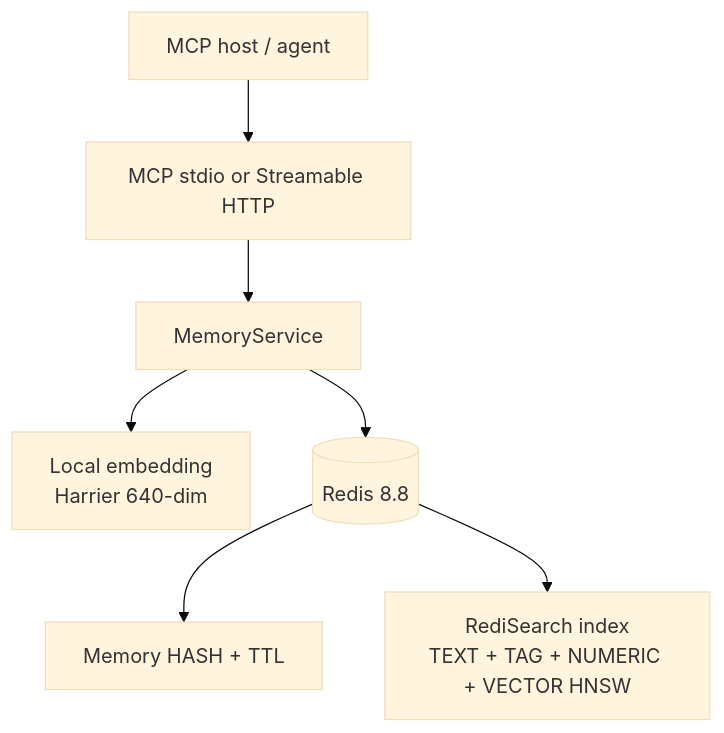
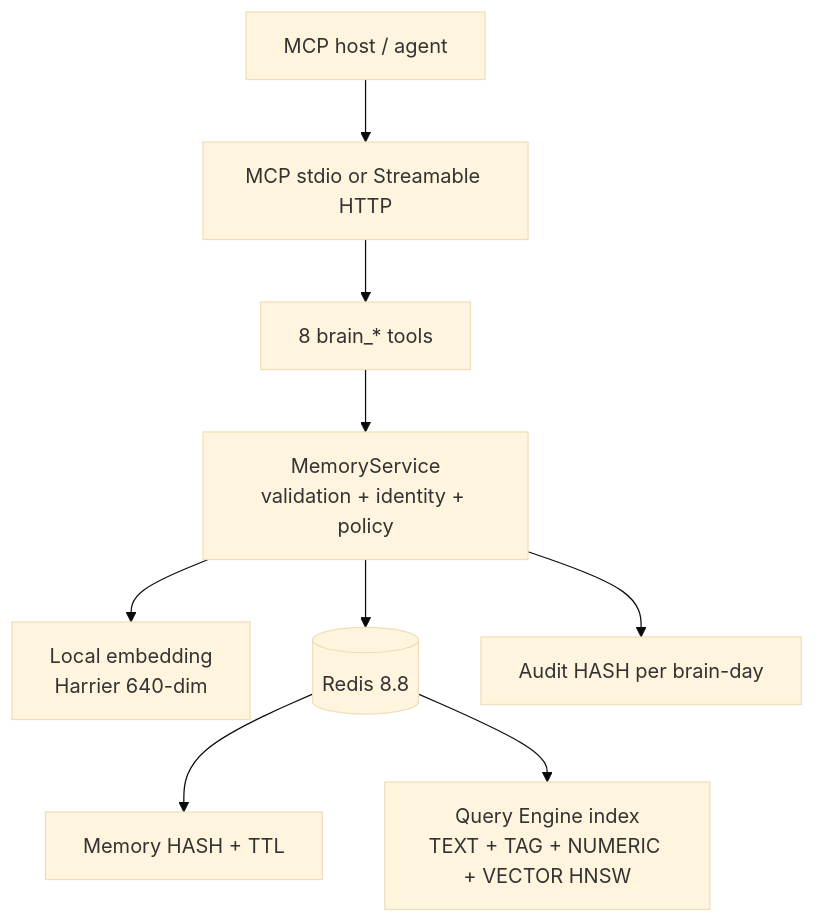
One commit to Flowerf19/another-brain changed the second of 2 diagrams in README.md. Above: the diagram before and after it, drawn with Mermaid (base theme). The commit also changed other lines of this file and 2 other files, not shown here.

Commit message:
Revise README for clarity on memory ownership and agent interaction; update Docker Compose to set default BRAIN_ID and simplify deployment instructions.

````diff
--- a/README.md
+++ b/README.md
@@ -42,9 +69,11 @@
 ```mermaid
 flowchart TD
     Host[MCP host / agent] --> Transport[MCP stdio or Streamable HTTP]
-    Transport --> Service[MemoryService]
+    Transport --> Tools[8 brain_* tools]
+    Tools --> Service[MemoryService<br/>validation + identity + policy]
     Service --> Embed[Local embedding<br/>Harrier 640-dim]
     Service --> Redis[(Redis 8.8)]
     Redis --> Hash[Memory HASH + TTL]
-    Redis --> Index[RediSearch index<br/>TEXT + TAG + NUMERIC + VECTOR HNSW]
+    Redis --> Index[Query Engine index<br/>TEXT + TAG + NUMERIC + VECTOR HNSW]
+    Service --> Audit[Audit HASH per brain-day]
 ```
````
